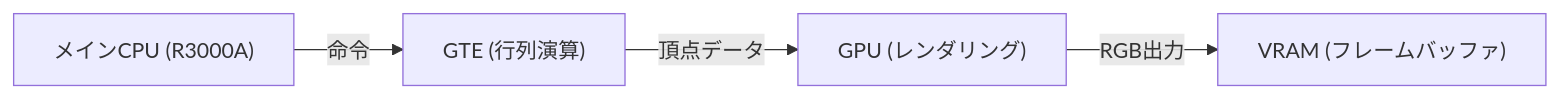
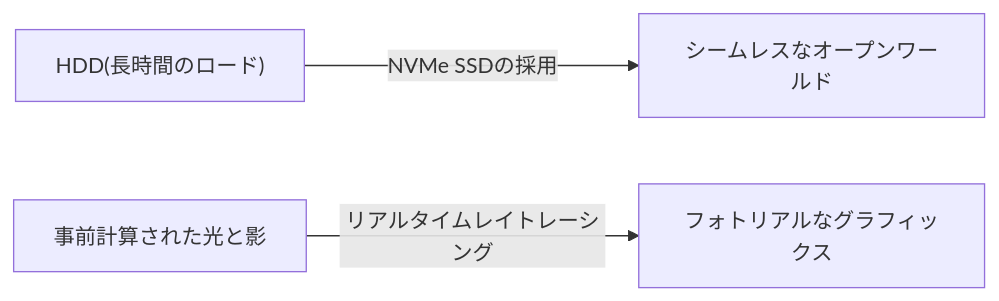
One commit to kenjinote/blog changed the second of 2 diagrams in content/post/history-of-video-game-consoles/index.md. Above: the diagram before and after it, drawn with Mermaid. The commit also changed other lines of this file and 129 other files, not shown here.

````diff
--- a/content/post/history-of-video-game-consoles/index.md
+++ b/content/post/history-of-video-game-consoles/index.md
@@ -79,6 +61,5 @@
 ```mermaid
 graph LR
-    CPU["メインCPU (R3000A)"] -- "命令" --> GTE["GTE (行列演算)"]
-    GTE -- "頂点データ" --> GPU["GPU (レンダリング)"]
-    GPU -- "RGB出力" --> VRAM["VRAM (フレームバッファ)"]
+  A["HDD(長時間のロード)"] -- "NVMe SSDの採用" --> B["シームレスなオープンワールド"]
+  C["事前計算された光と影"] -- "リアルタイムレイトレーシング" --> D["フォトリアルなグラフィックス"]
 ```
````
